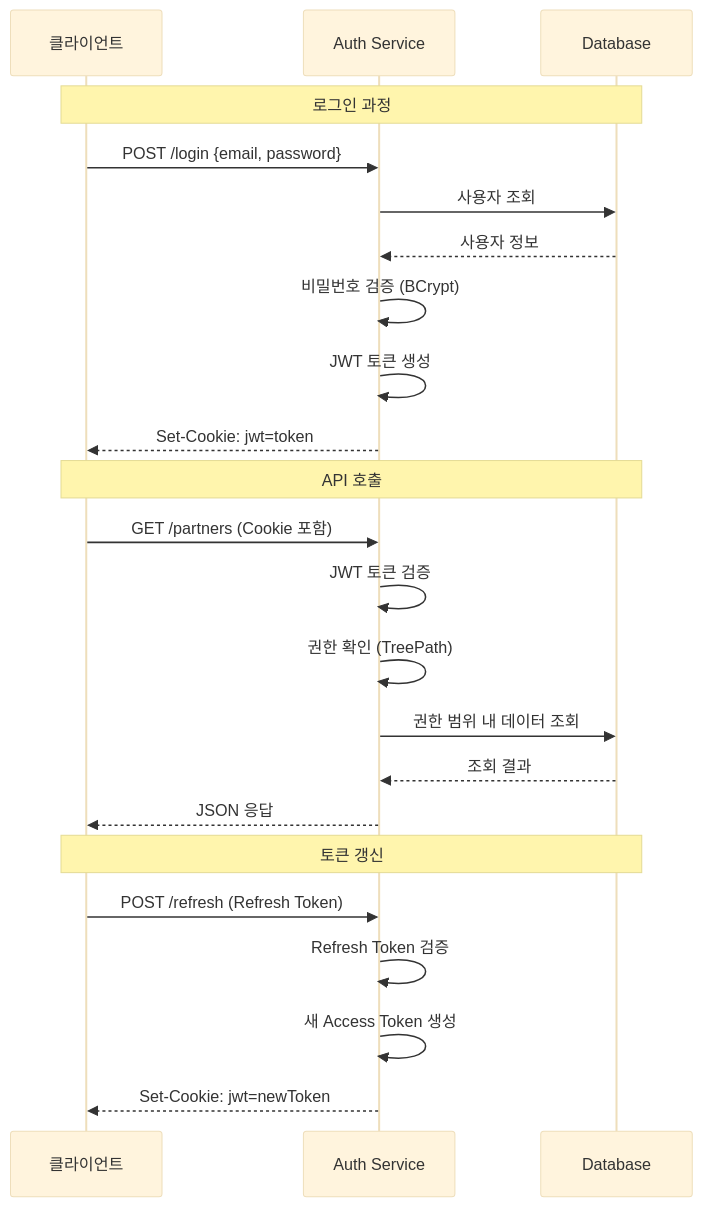
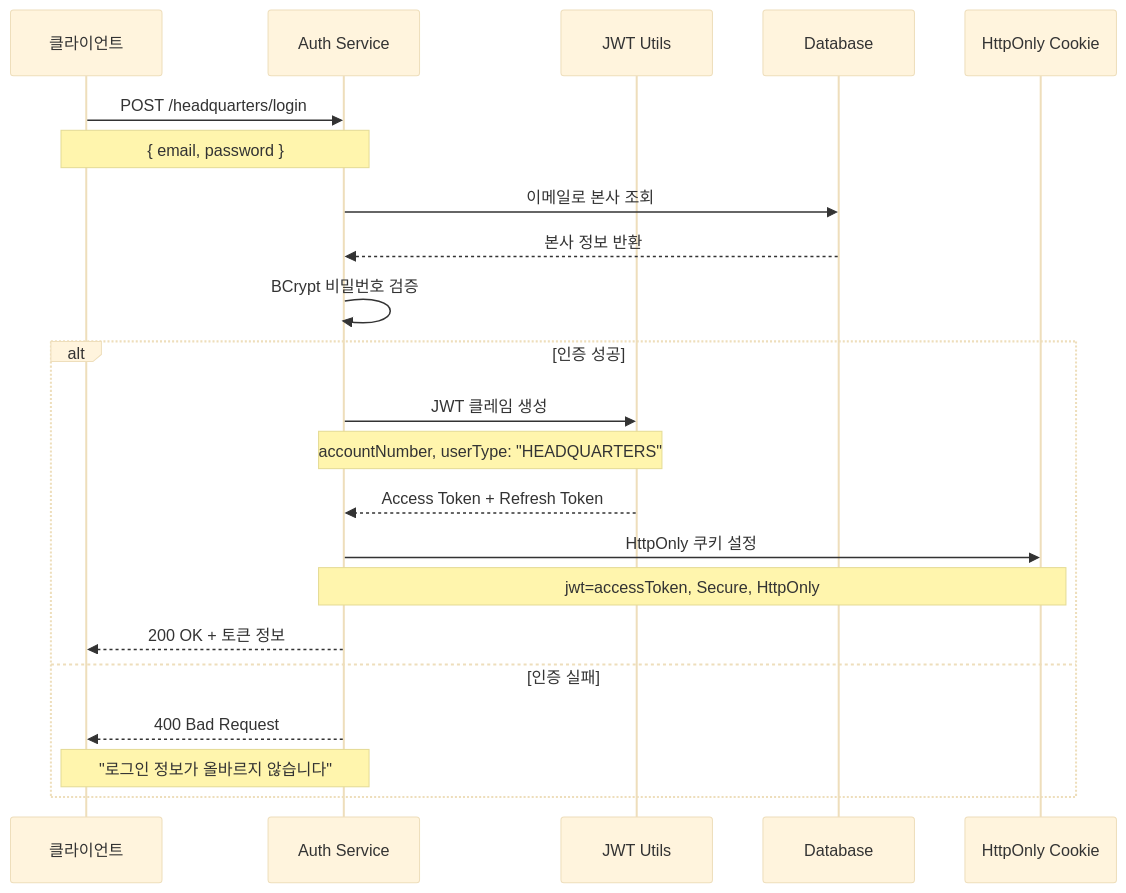
Before and after one commit to NSMM-v2/auth-service: the second of 6 diagrams in README.md, drawn with Mermaid (base theme). The commit also changed other lines of this file and 5 other files, not shown here.

````diff
--- a/README.md
+++ b/README.md
@@ -82,28 +61,31 @@
 ```mermaid
 sequenceDiagram
     participant C as 클라이언트
     participant A as Auth Service
-    participant DB as Database
+    participant J as JWT Utils
+    participant D as Database
+    participant Cookie as HttpOnly Cookie
 
-    Note over C,DB: 로그인 과정
-    C->>A: POST /login {email, password}
-    A->>DB: 사용자 조회
-    DB-->>A: 사용자 정보
-    A->>A: 비밀번호 검증 (BCrypt)
-    A->>A: JWT 토큰 생성
-    A-->>C: Set-Cookie: jwt=token
-
-    Note over C,DB: API 호출
-    C->>A: GET /partners (Cookie 포함)
-    A->>A: JWT 토큰 검증
-    A->>A: 권한 확인 (TreePath)
-    A->>DB: 권한 범위 내 데이터 조회
-    DB-->>A: 조회 결과
-    A-->>C: JSON 응답
-
-    Note over C,DB: 토큰 갱신
-    C->>A: POST /refresh (Refresh Token)
-    A->>A: Refresh Token 검증
-    A->>A: 새 Access Token 생성
-    A-->>C: Set-Cookie: jwt=newToken
+    C->>A: POST /headquarters/login
+    Note over C,A: { email, password }
+    
+    A->>D: 이메일로 본사 조회
+    D-->>A: 본사 정보 반환
+    
+    A->>A: BCrypt 비밀번호 검증
+    
+    alt 인증 성공
+        A->>J: JWT 클레임 생성
+        Note over A,J: accountNumber, userType: "HEADQUARTERS"
+        
+        J-->>A: Access Token + Refresh Token
+        
+        A->>Cookie: HttpOnly 쿠키 설정
+        Note over A,Cookie: jwt=accessToken, Secure, HttpOnly
+        
+        A-->>C: 200 OK + 토큰 정보
+    else 인증 실패
+        A-->>C: 400 Bad Request
+        Note over A,C: "로그인 정보가 올바르지 않습니다"
+    end
 ```
````
